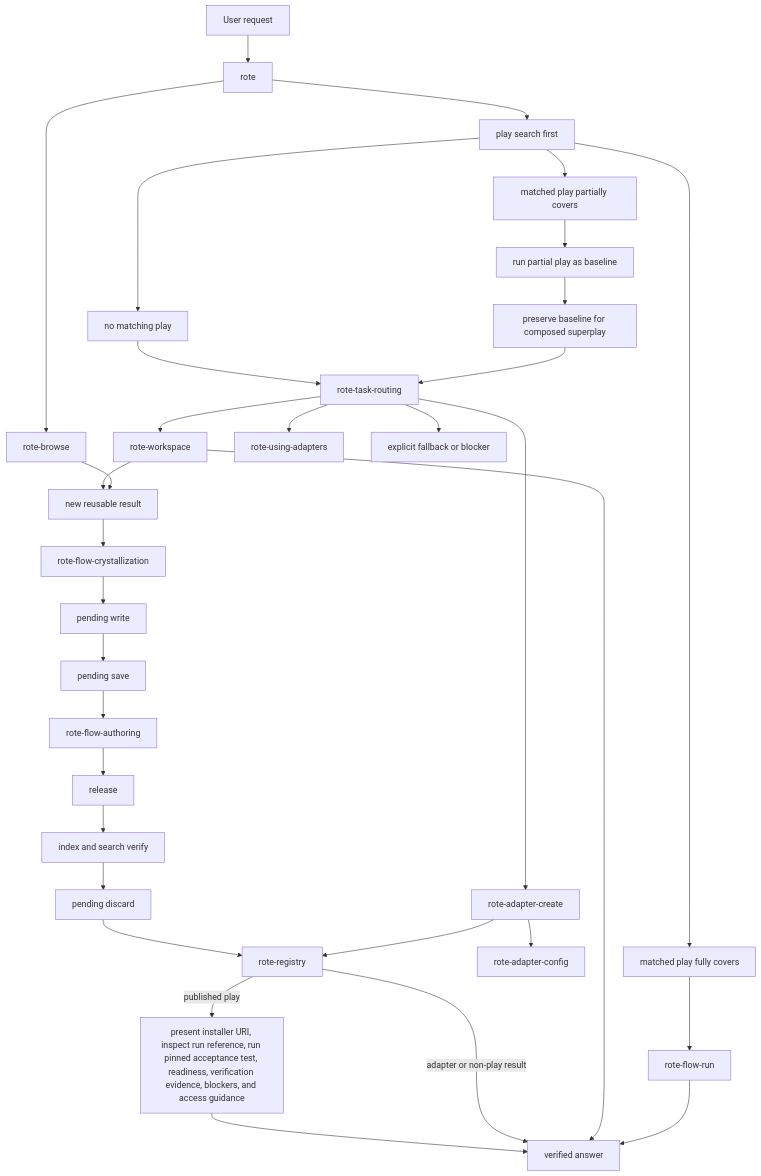
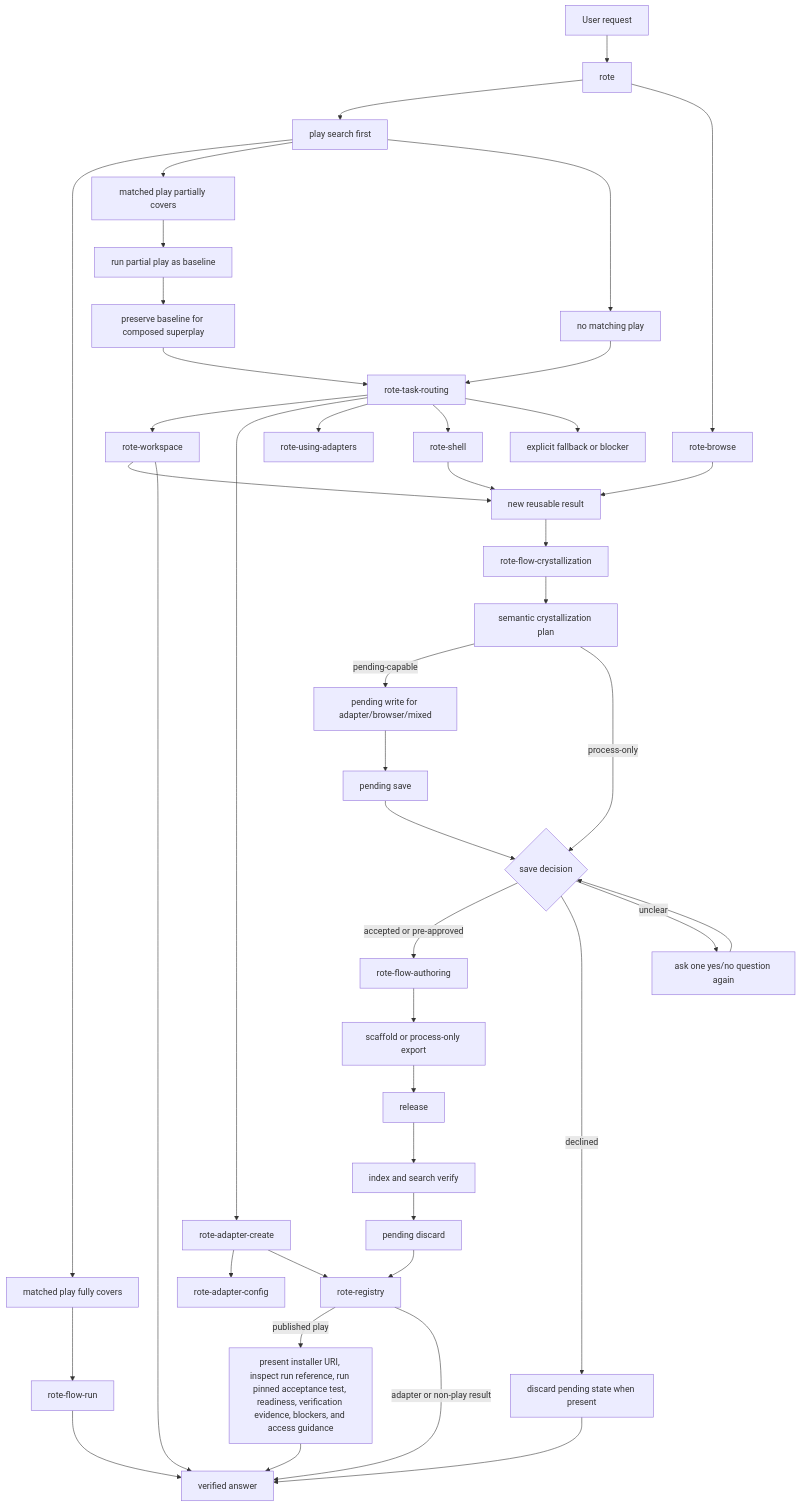
One commit to modiqo/rote-skills changed the diagram in plugins/rote/skills/rote/references/skill-workflow-map.md. Above: the diagram before and after it, drawn with Mermaid. The commit also changed other lines of this file and 18 other files, not shown here.

````diff
--- a/plugins/rote/skills/rote/references/skill-workflow-map.md
+++ b/plugins/rote/skills/rote/references/skill-workflow-map.md
@@ -110,35 +110,45 @@
 ```mermaid
 flowchart TD
   Start[User request] --> Orchestrator[rote]
   Orchestrator --> FlowSearch[play search first]
   Orchestrator --> Browser[rote-browse]
   FlowSearch --> FullFlow[matched play fully covers]
   FlowSearch --> PartialFlow[matched play partially covers]
   FlowSearch --> NoFlow[no matching play]
   FullFlow --> FlowRun[rote-flow-run]
   FlowRun --> Done[verified answer]
   PartialFlow --> Baseline[run partial play as baseline]
   Baseline --> Superplay[preserve baseline for composed superplay]
   Superplay --> TaskRouting[rote-task-routing]
   NoFlow --> TaskRouting
   TaskRouting --> Workspace[rote-workspace]
   TaskRouting --> AdapterCreate[rote-adapter-create]
   TaskRouting --> SingleAdapter[rote-using-adapters]
+  TaskRouting --> Shell[rote-shell]
   TaskRouting --> DirectBlock[explicit fallback or blocker]
   AdapterCreate --> Config[rote-adapter-config]
   AdapterCreate --> Registry
   Browser --> Reusable
-  Workspace --> Reusable[new reusable result]
+  Shell --> Reusable[new reusable result]
+  Workspace --> Reusable
   Workspace --> Done
   Reusable --> Crystallize[rote-flow-crystallization]
-  Crystallize --> PendingWrite[pending write]
+  Crystallize --> Plan[semantic crystallization plan]
+  Plan -->|pending-capable| PendingWrite[pending write for adapter/browser/mixed]
   PendingWrite --> PendingSave[pending save]
-  PendingSave --> Author[rote-flow-authoring]
-  Author --> Release[release]
+  PendingSave --> SaveDecision{save decision}
+  Plan -->|process-only| SaveDecision
+  SaveDecision -->|accepted or pre-approved| Author[rote-flow-authoring]
+  SaveDecision -->|declined| DeclineDiscard[discard pending state when present]
+  DeclineDiscard --> Done
+  SaveDecision -->|unclear| AskAgain[ask one yes/no question again]
+  AskAgain --> SaveDecision
+  Author --> Materialize[scaffold or process-only export]
+  Materialize --> Release[release]
   Release --> IndexSearch[index and search verify]
   IndexSearch --> Discard[pending discard]
   Discard --> Registry[rote-registry]
   Registry -->|published play| PlayUri[present installer URI, inspect run reference, run pinned acceptance test, readiness, verification evidence, blockers, and access guidance]
   Registry -->|adapter or non-play result| Done
   PlayUri --> Done
 ```
````
